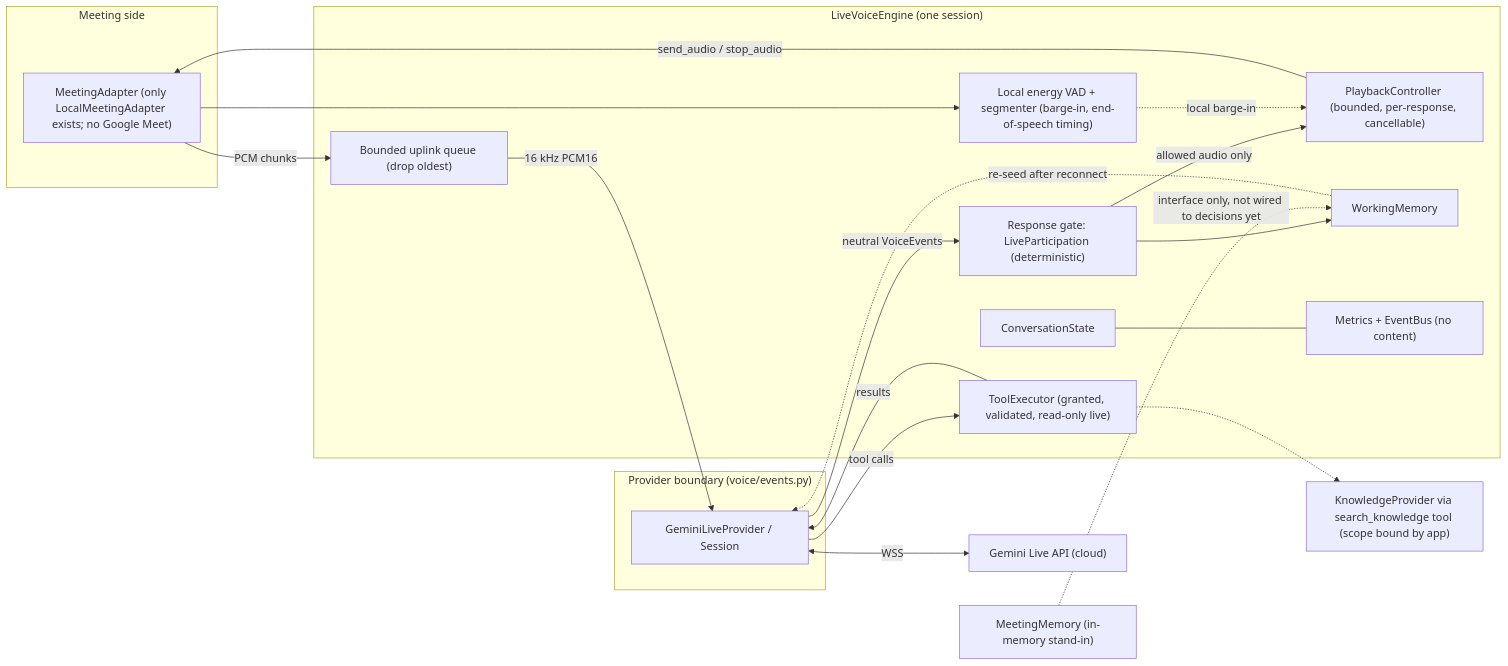
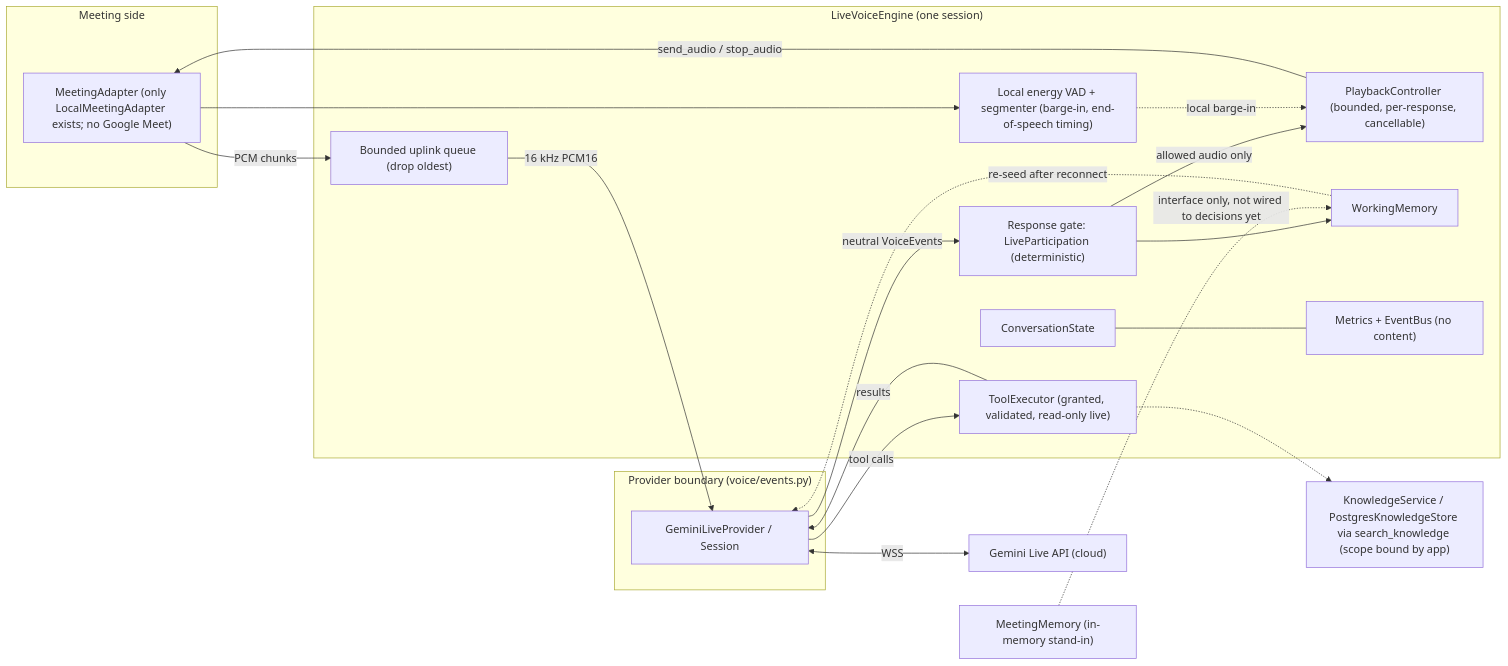
Before and after one commit to CalebPiusC/Tara: the first of 2 diagrams in docs/engine/GEMINI_LIVE.md, drawn with Mermaid. The commit also changed other lines of this file and 48 other files, not shown here.

````diff
--- a/docs/engine/GEMINI_LIVE.md
+++ b/docs/engine/GEMINI_LIVE.md
@@ -41,37 +41,37 @@
 ```mermaid
 flowchart LR
   subgraph MEET["Meeting side"]
     ADP["MeetingAdapter (only LocalMeetingAdapter exists; no Google Meet)"]
   end
   subgraph ENG["LiveVoiceEngine (one session)"]
     UP["Bounded uplink queue (drop oldest)"]
     VAD["Local energy VAD + segmenter (barge-in, end-of-speech timing)"]
     GATE["Response gate: LiveParticipation (deterministic)"]
     PB["PlaybackController (bounded, per-response, cancellable)"]
     TOOLS["ToolExecutor (granted, validated, read-only live)"]
     WM["WorkingMemory"]
     ST["ConversationState"]
     MET["Metrics + EventBus (no content)"]
   end
   subgraph PROV["Provider boundary (voice/events.py)"]
     GL["GeminiLiveProvider / Session"]
   end
   CLOUD["Gemini Live API (cloud)"]
   MM["MeetingMemory (in-memory stand-in)"]
-  KN["KnowledgeProvider via search_knowledge tool (scope bound by app)"]
+  KN["KnowledgeService / PostgresKnowledgeStore via search_knowledge (scope bound by app)"]
   ADP -->|"PCM chunks"| UP
   ADP --> VAD
   UP -->|"16 kHz PCM16"| GL
   GL <-->|"WSS"| CLOUD
   GL -->|"neutral VoiceEvents"| GATE
   GATE -->|"allowed audio only"| PB
   PB -->|"send_audio / stop_audio"| ADP
   VAD -.->|"local barge-in"| PB
   GL -->|"tool calls"| TOOLS
   TOOLS -->|"results"| GL
   TOOLS -.-> KN
   GATE --> WM
   WM -.->|"re-seed after reconnect"| GL
   ST --- MET
   MM -.->|"interface only, not wired to decisions yet"| WM
 ```
````
